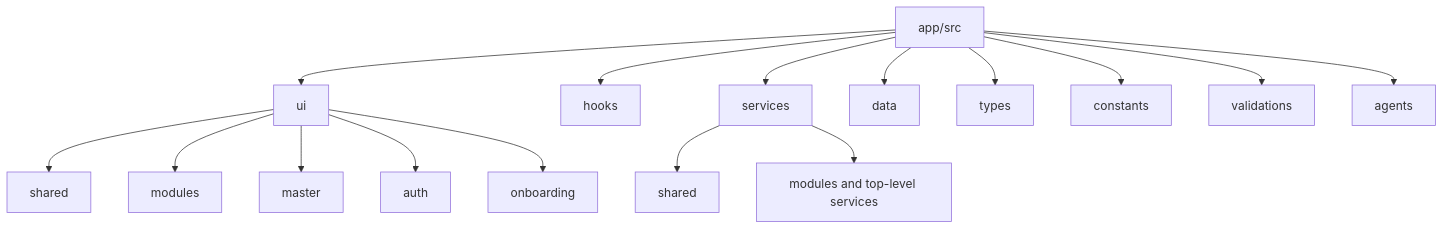
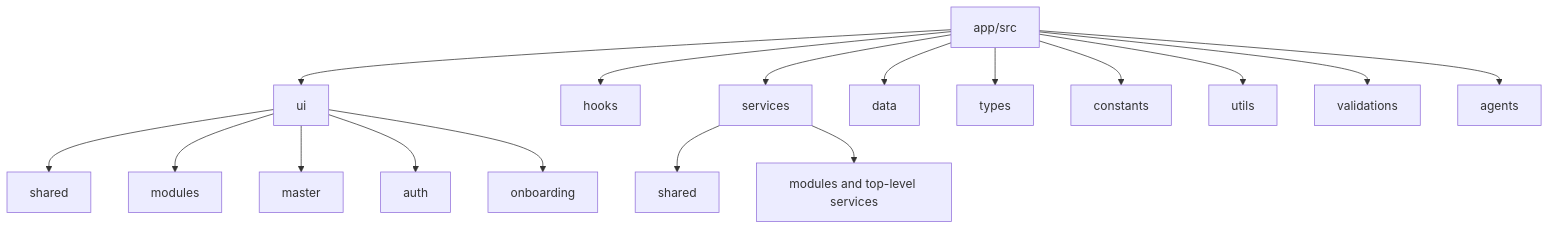
Before and after one commit to integr8software/gr8bookslite-frontend: the third of 5 diagrams in FRONTEND_MAP.md, drawn with Mermaid. The commit also changed other lines of this file and 59 other files, not shown here.

````diff
--- a/FRONTEND_MAP.md
+++ b/FRONTEND_MAP.md
@@ -66,18 +68,19 @@
 ```mermaid
 graph TD
   Src["app/src"] --> UI[ui]
   Src --> Hooks[hooks]
   Src --> Services[services]
   Src --> Data[data]
   Src --> Types[types]
   Src --> Constants[constants]
+  Src --> Utils[utils]
   Src --> Validations[validations]
   Src --> Agents[agents]
   UI --> SharedUi[shared]
   UI --> ModuleUi[modules]
   UI --> MasterUi[master]
   UI --> AuthUi[auth]
   UI --> OnboardingUi[onboarding]
   Services --> SharedServices[shared]
   Services --> FeatureServices[modules and top-level services]
 ```
````
